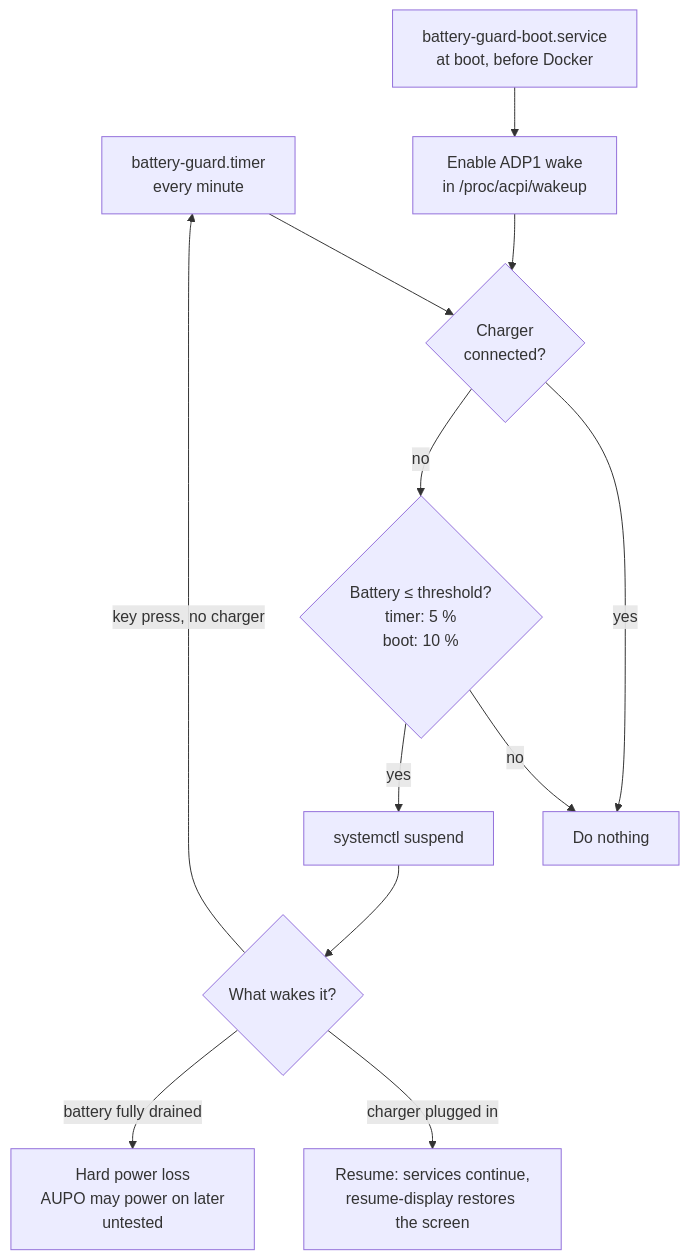
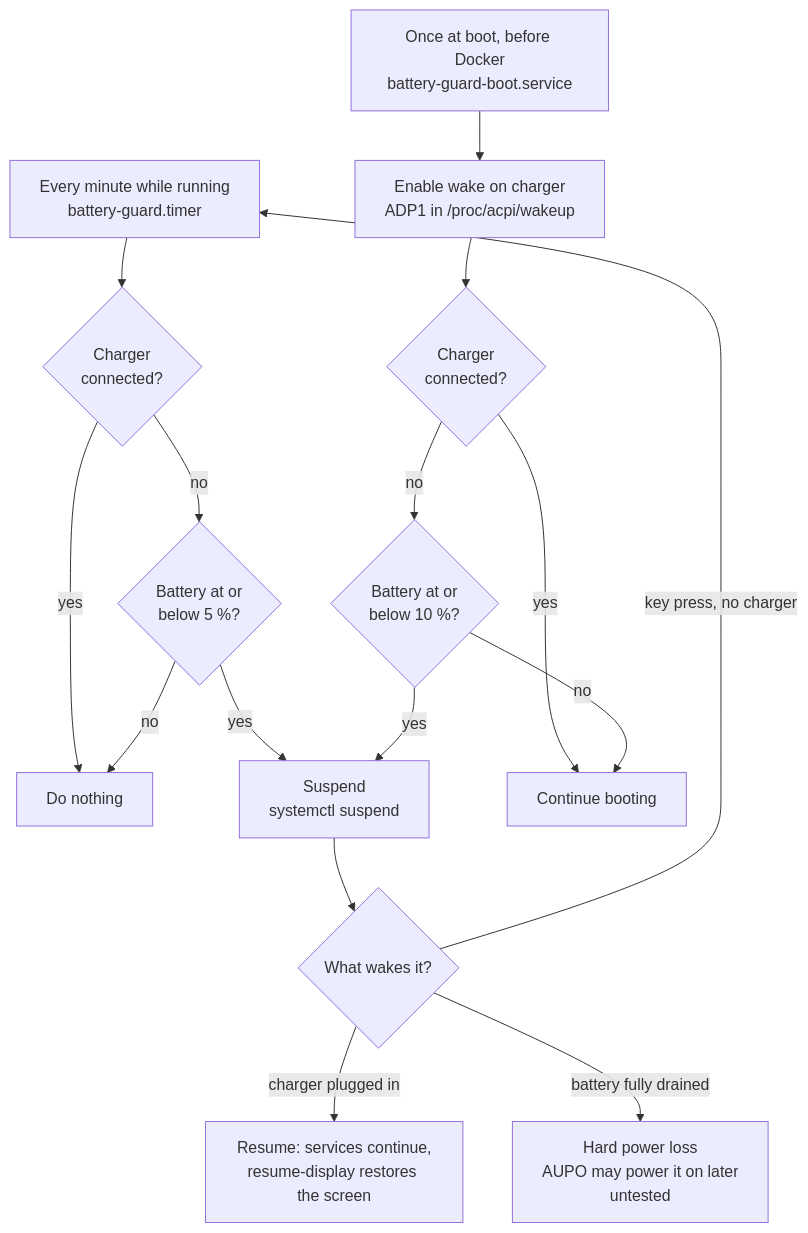
One commit to luballe/Macbook-Pro-as-a-Home-Server changed the first of 2 diagrams in docs/04-power-management.md. Above: the diagram before and after it, drawn with Mermaid. The commit also changed other lines of this file and 7 other files, not shown here.

First line of the commit message:
docs: clearer battery-guard flowchart and a glossary of terms

````diff
--- a/docs/04-power-management.md
+++ b/docs/04-power-management.md
@@ -24,13 +31,20 @@
 ```mermaid
 flowchart TD
-    T[battery-guard.timer<br/>every minute] --> C{Charger<br/>connected?}
-    B[battery-guard-boot.service<br/>at boot, before Docker] --> E[Enable ADP1 wake<br/>in /proc/acpi/wakeup] --> C
-    C -- yes --> OK[Do nothing]
-    C -- no --> L{Battery &le; threshold?<br/>timer: 5 %<br/>boot: 10 %}
-    L -- no --> OK
-    L -- yes --> S[systemctl suspend]
+    T[Every minute while running<br/>battery-guard.timer] --> C1{Charger<br/>connected?}
+    C1 -- yes --> OK[Do nothing]
+    C1 -- no --> L1{Battery at or<br/>below 5 %?}
+    L1 -- no --> OK
+    L1 -- yes --> S[Suspend<br/>systemctl suspend]
+
+    B[Once at boot, before Docker<br/>battery-guard-boot.service] --> E[Enable wake on charger<br/>ADP1 in /proc/acpi/wakeup]
+    E --> C2{Charger<br/>connected?}
+    C2 -- yes --> OK2[Continue booting]
+    C2 -- no --> L2{Battery at or<br/>below 10 %?}
+    L2 -- no --> OK2
+    L2 -- yes --> S
+
     S --> W{What wakes it?}
     W -- charger plugged in --> R[Resume: services continue,<br/>resume-display restores the screen]
     W -- key press, no charger --> T
-    W -- battery fully drained --> D[Hard power loss<br/>AUPO may power on later<br/>untested]
+    W -- battery fully drained --> D[Hard power loss<br/>AUPO may power it on later<br/>untested]
 ```
````
